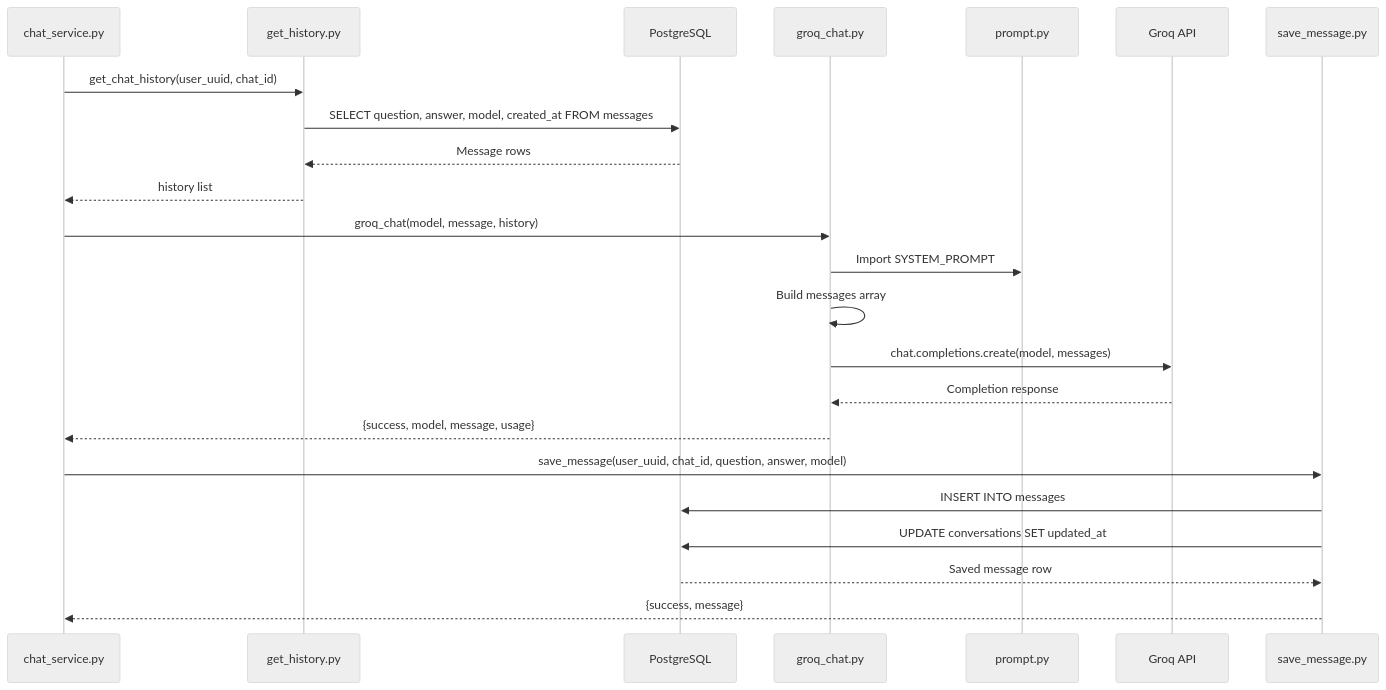
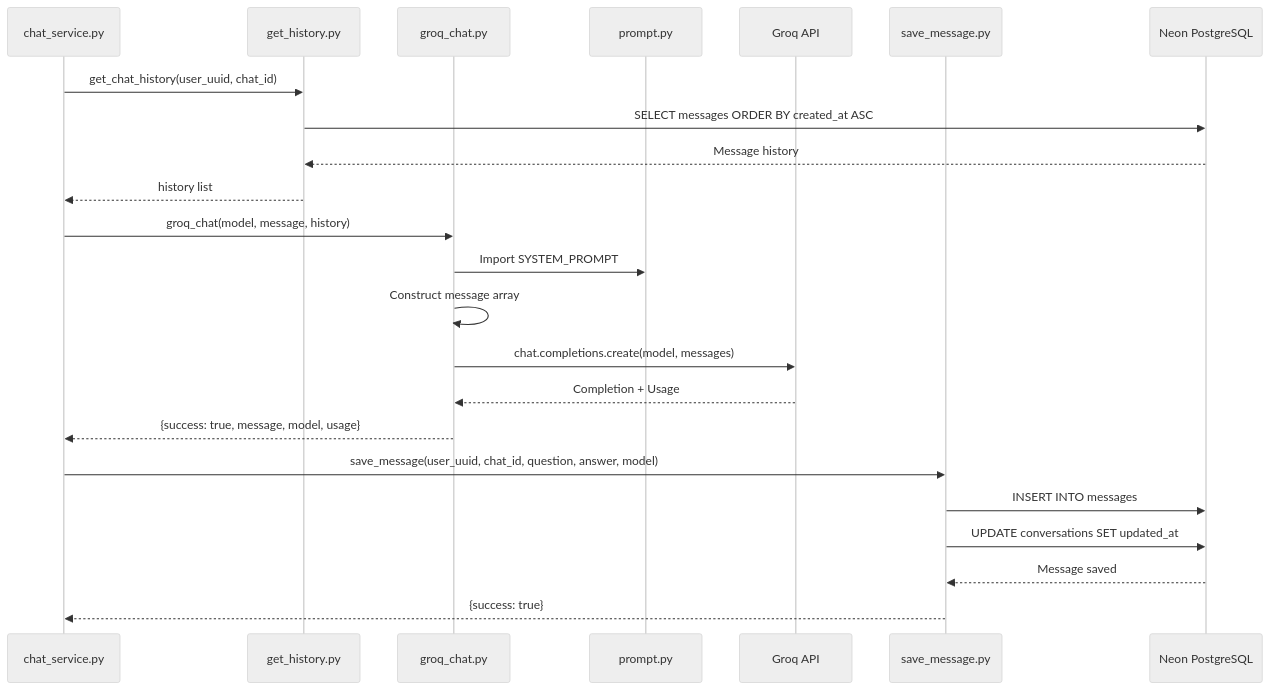
Before and after one commit to MONARCH1108/monarch-AI-Bot: the fourth of 5 diagrams in server/Documents/PROJECT_FLOWS.md, drawn with Mermaid (neutral theme). The commit also changed other lines of this file and 12 other files, not shown here.

````diff
--- a/server/Documents/PROJECT_FLOWS.md
+++ b/server/Documents/PROJECT_FLOWS.md
@@ -462,28 +461,28 @@
 ```mermaid
 sequenceDiagram
     participant CS as chat_service.py
     participant GH as get_history.py
-    participant DB as PostgreSQL
     participant GC as groq_chat.py
     participant P as prompt.py
     participant Groq as Groq API
     participant SM as save_message.py
+    participant DB as Neon PostgreSQL
 
     CS->>GH: get_chat_history(user_uuid, chat_id)
-    GH->>DB: SELECT question, answer, model, created_at FROM messages
-    DB-->>GH: Message rows
+    GH->>DB: SELECT messages ORDER BY created_at ASC
+    DB-->>GH: Message history
     GH-->>CS: history list
 
     CS->>GC: groq_chat(model, message, history)
     GC->>P: Import SYSTEM_PROMPT
-    GC->>GC: Build messages array
+    GC->>GC: Construct message array
     GC->>Groq: chat.completions.create(model, messages)
-    Groq-->>GC: Completion response
-    GC-->>CS: {success, model, message, usage}
+    Groq-->>GC: Completion + Usage
+    GC-->>CS: {success: true, message, model, usage}
 
     CS->>SM: save_message(user_uuid, chat_id, question, answer, model)
     SM->>DB: INSERT INTO messages
     SM->>DB: UPDATE conversations SET updated_at
-    DB-->>SM: Saved message row
-    SM-->>CS: {success, message}
+    DB-->>SM: Message saved
+    SM-->>CS: {success: true}
 ```
````
